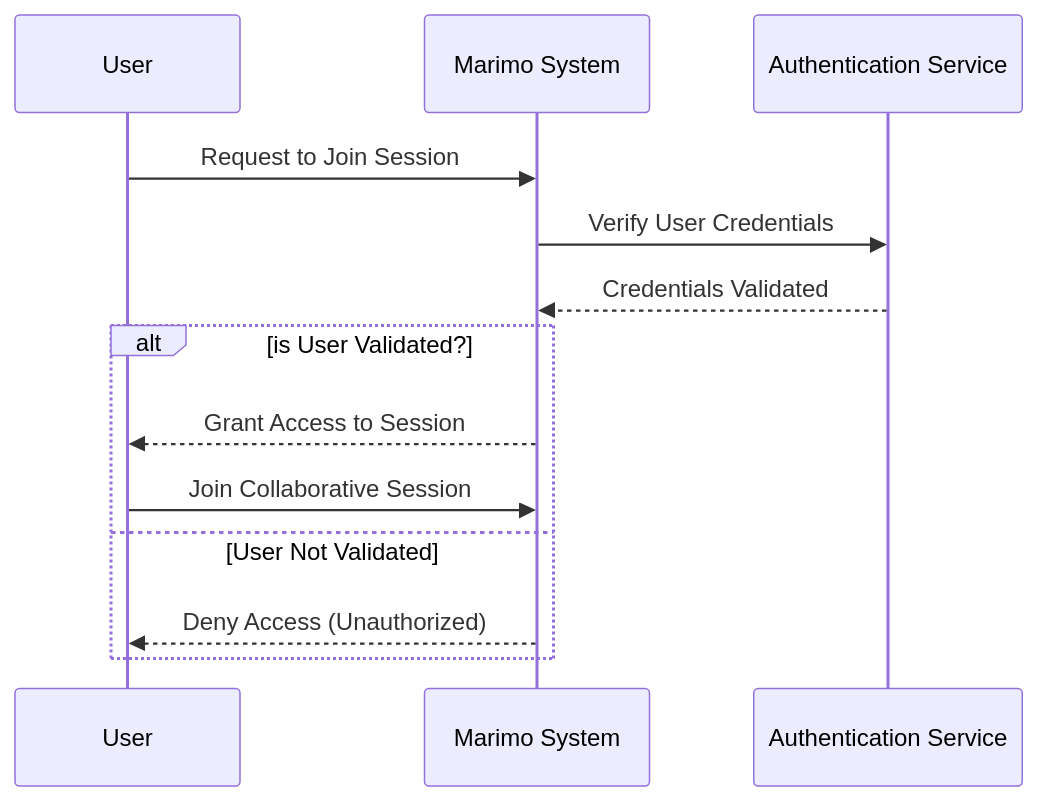
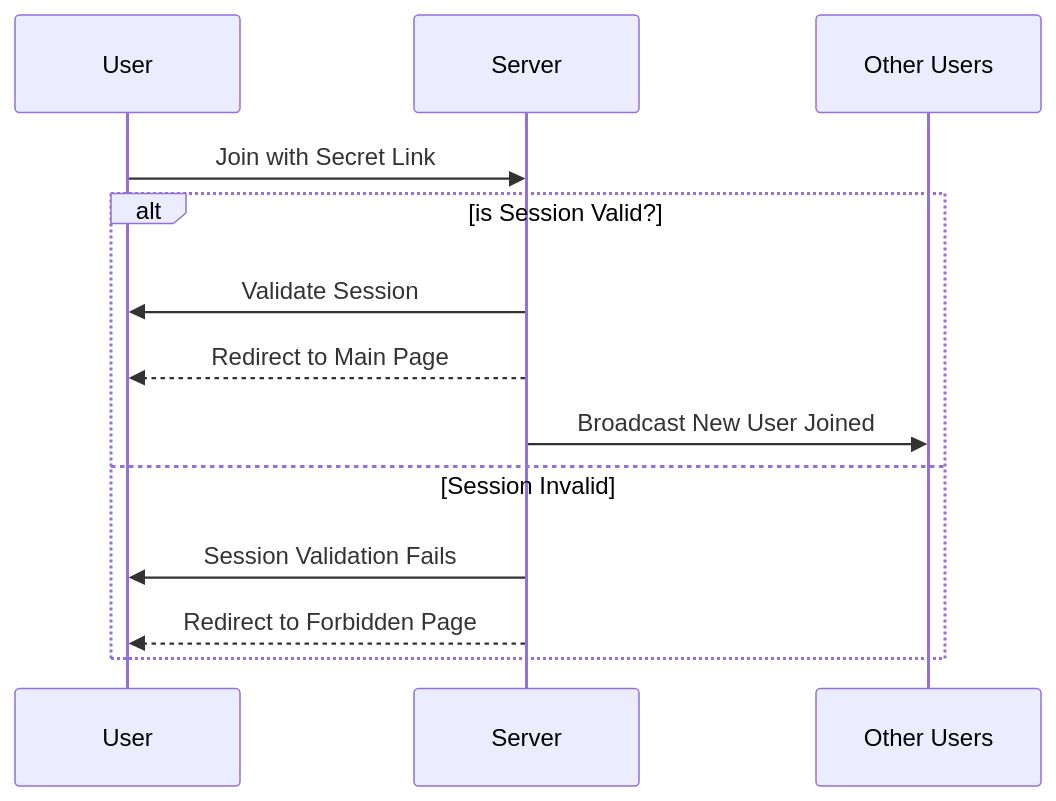
One commit to marimo-team/meps changed the second of 3 diagrams in mep-0006.md. Above: the diagram before and after it, drawn with Mermaid. The commit also changed other lines of this file, not shown here.

````diff
--- a/mep-0006.md
+++ b/mep-0006.md
@@ -64,16 +112,16 @@
 ```mermaid
 sequenceDiagram
     participant U as User
-    participant S as Marimo System
-    participant A as Authentication Service
+    participant S as Server
+    participant O as Other Users
 
-    U->>S: Request to Join Session
-    S->>A: Verify User Credentials
-    A-->>S: Credentials Validated
-    alt is User Validated?
-        S-->>U: Grant Access to Session
-        U->>S: Join Collaborative Session
-    else User Not Validated
-        S-->>U: Deny Access (Unauthorized)
+    U->>S: Join with Secret Link
+    alt is Session Valid?
+        S->>U: Validate Session
+        S-->>U: Redirect to Main Page
+        S->>O: Broadcast New User Joined
+    else Session Invalid
+        S->>U: Session Validation Fails
+        S-->>U: Redirect to Forbidden Page
     end
 ```
````
